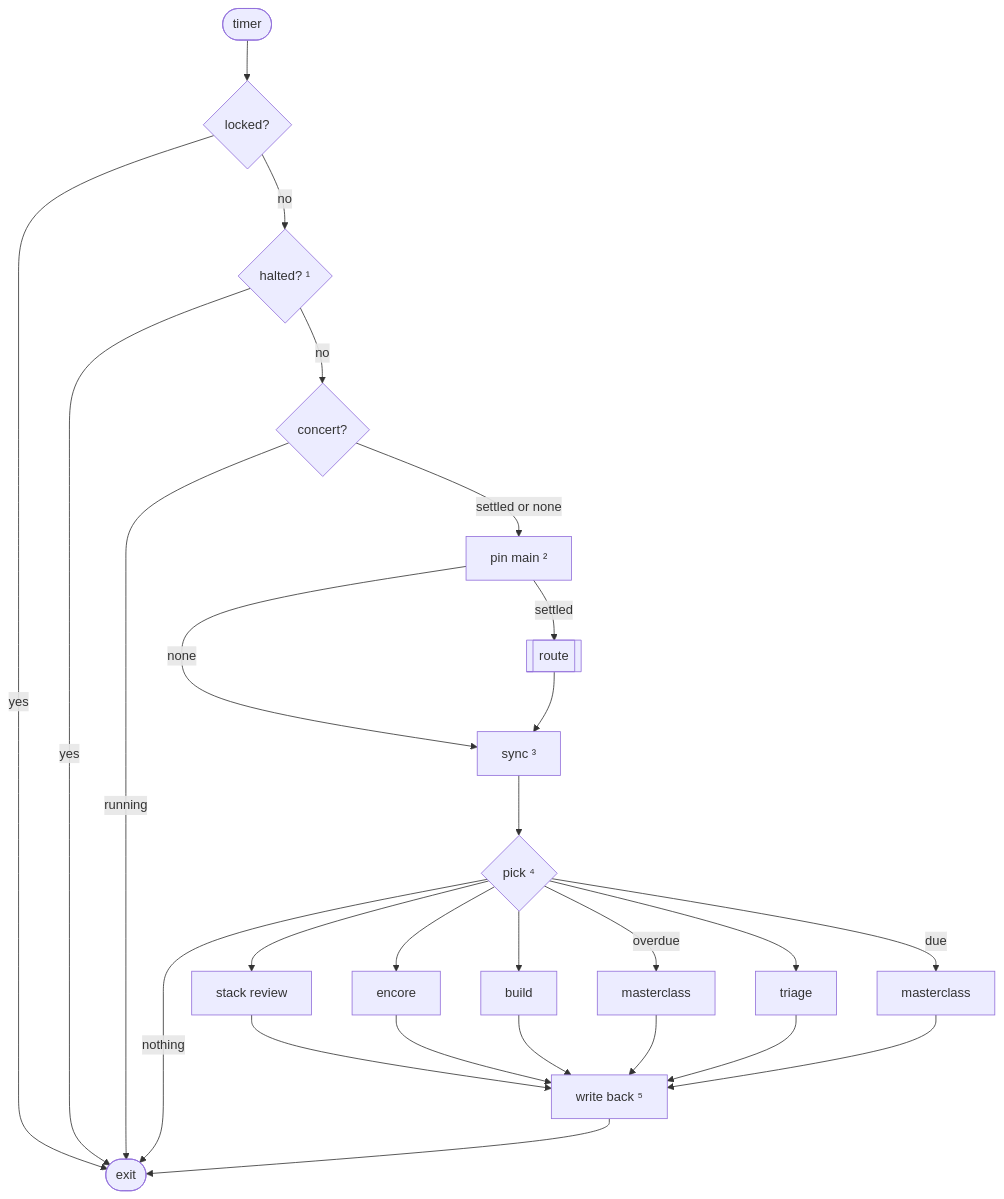
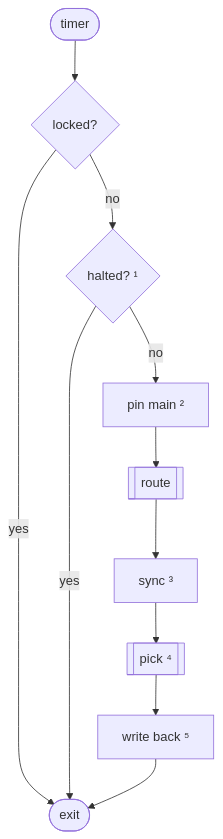
Before and after one commit to dvalnn/maestro: the third of 9 diagrams in docs/agents/factory.md, drawn with Mermaid. The commit also changed other lines of this file and 9 other files, not shown here.

First line of the commit message:
feat(factory): run a triage or masterclass beside a build in the tick

````diff
--- a/docs/agents/factory.md
+++ b/docs/agents/factory.md
@@ -94,22 +94,12 @@
 ```mermaid
 flowchart TD
     T(["timer"]) --> L{"locked?"}
     L -->|yes| X(["exit"])
     L -->|no| H{"halted? ¹"}
     H -->|yes| X
-    H -->|no| C{"concert?"}
-    C -->|running| X
-    C -->|"settled or none"| B["pin main ²"]
-    B -->|settled| S[["route"]]
-    B -->|none| SY
+    H -->|no| B["pin main ²"]
+    B --> S[["route"]]
     S --> SY["sync ³"]
-    SY --> P{"pick ⁴"}
-    P --> SR["stack review"]
-    P --> E["encore"]
-    P --> SL["build"]
-    P -->|overdue| MO["masterclass"]
-    P --> TR["triage"]
-    P -->|due| MC["masterclass"]
-    P -->|nothing| X
-    SR & E & SL & MO & TR & MC --> W["write back ⁵"] --> X
+    SY --> P[["pick ⁴"]]
+    P --> W["write back ⁵"] --> X
 ```
````
